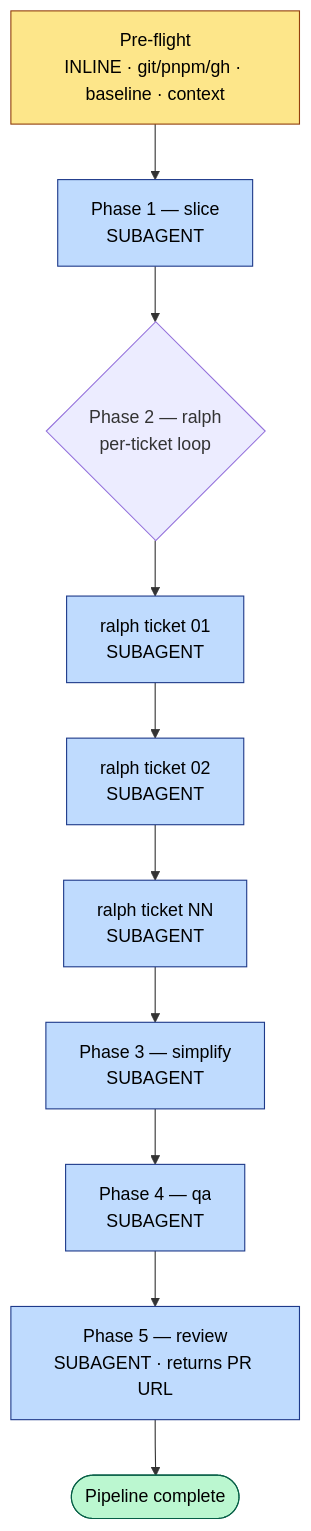
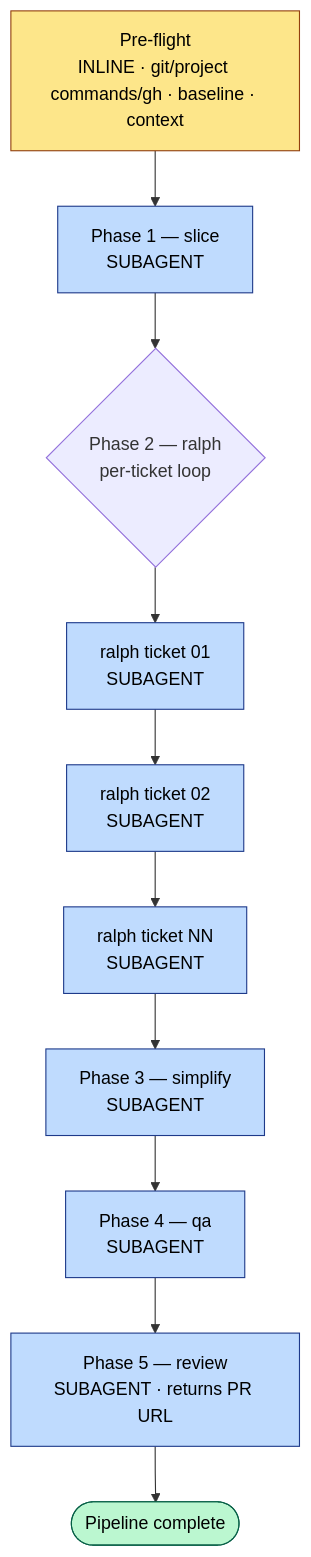
Before and after one commit to alexopotto/clanker-template: the diagram in .agents/skills/clanker/references/design.md, drawn with Mermaid. The commit also changed 16 other files, not shown here.

````diff
--- a/.agents/skills/clanker/references/design.md
+++ b/.agents/skills/clanker/references/design.md
@@ -7,24 +7,24 @@
 ```mermaid
 flowchart TD
-    PF[Pre-flight<br/>INLINE · git/pnpm/gh · baseline · context]
+    PF[Pre-flight<br/>INLINE · git/project commands/gh · baseline · context]
     P1[Phase 1 — slice<br/>SUBAGENT]
     P2{Phase 2 — ralph<br/>per-ticket loop}
     R1[ralph ticket 01<br/>SUBAGENT]
     R2[ralph ticket 02<br/>SUBAGENT]
     RN[ralph ticket NN<br/>SUBAGENT]
     P3[Phase 3 — simplify<br/>SUBAGENT]
     P4[Phase 4 — qa<br/>SUBAGENT]
     P5[Phase 5 — review<br/>SUBAGENT · returns PR URL]
     DONE([Pipeline complete])
 
     PF --> P1 --> P2
     P2 --> R1 --> R2 --> RN --> P3
     P3 --> P4 --> P5 --> DONE
 
     classDef inline fill:#fde68a,stroke:#92400e,color:#000
     classDef subagent fill:#bfdbfe,stroke:#1e3a8a,color:#000
     classDef done fill:#bbf7d0,stroke:#065f46,color:#000
     class PF inline
     class P1,R1,R2,RN,P3,P4,P5 subagent
     class DONE done
 ```
````
